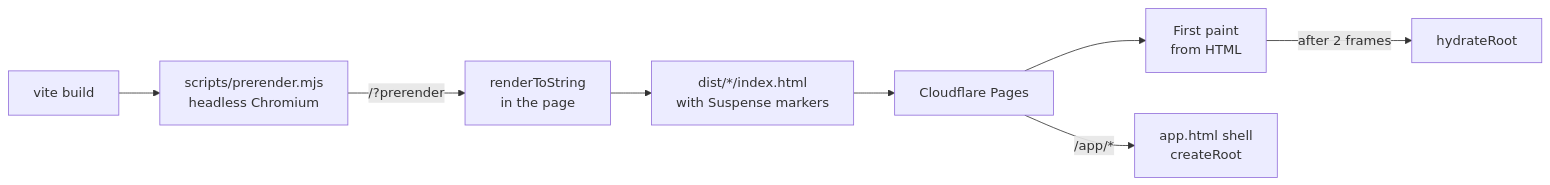
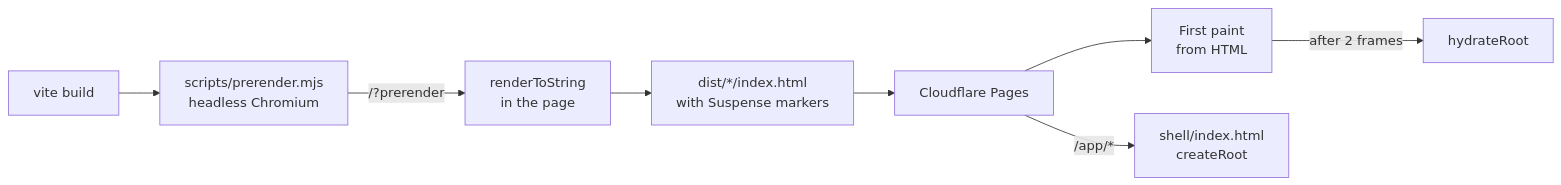
The fourth of 4 diagrams in README.md (emwil23/taskpilot), drawn with Mermaid before and after one commit. The commit also changed 4 other files, not shown here.

First line of the commit message:
Serve the app shell from shell/index.html, since Pages redirects *.html

````diff
--- a/README.md
+++ b/README.md
@@ -114,10 +114,10 @@
 ```mermaid
 flowchart LR
     B[vite build] --> PR[scripts/prerender.mjs<br/>headless Chromium]
     PR -->|"/?prerender"| RS[renderToString<br/>in the page]
     RS --> H[dist/*/index.html<br/>with Suspense markers]
     H --> CF[Cloudflare Pages]
     CF --> FP[First paint<br/>from HTML]
     FP -->|after 2 frames| HY[hydrateRoot]
-    CF -->|"/app/*"| SH[app.html shell<br/>createRoot]
+    CF -->|"/app/*"| SH[shell/index.html<br/>createRoot]
 ```
````
